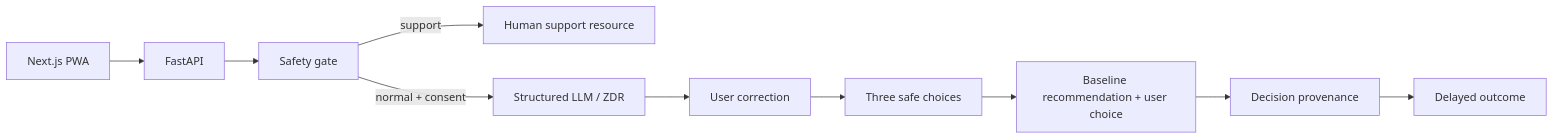
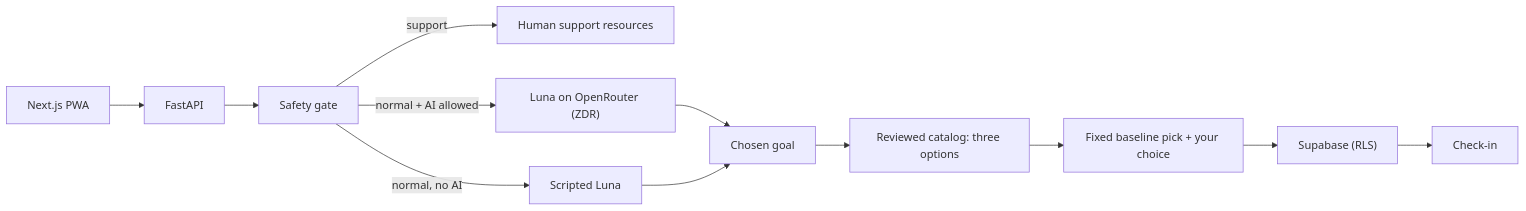
Before and after one commit to yusenrong46-afk/JournalPulse: the diagram in README.md, drawn with Mermaid. The commit also changed other lines of this file and 10 other files, not shown here.

````diff
--- a/README.md
+++ b/README.md
@@ -43,12 +41,14 @@
 ```mermaid
 flowchart LR
   PWA["Next.js PWA"] --> API["FastAPI"]
   API --> SAFE["Safety gate"]
-  SAFE -->|support| HUMAN["Human support resource"]
-  SAFE -->|normal + consent| LLM["Structured LLM / ZDR"]
-  LLM --> CORRECT["User correction"]
-  CORRECT --> CATALOG["Three safe choices"]
-  CATALOG --> POLICY["Baseline recommendation + user choice"]
-  POLICY --> DB["Decision provenance"]
-  DB --> OUTCOME["Delayed outcome"]
+  SAFE -->|support| HUMAN["Human support resources"]
+  SAFE -->|normal + AI allowed| LLM["Luna on OpenRouter (ZDR)"]
+  SAFE -->|normal, no AI| GUIDED["Scripted Luna"]
+  LLM --> GOAL["Chosen goal"]
+  GUIDED --> GOAL
+  GOAL --> CATALOG["Reviewed catalog: three options"]
+  CATALOG --> POLICY["Fixed baseline pick + your choice"]
+  POLICY --> DB["Supabase (RLS)"]
+  DB --> OUTCOME["Check-in"]
 ```
````
